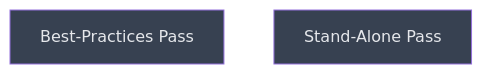
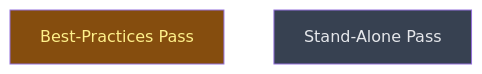
The diagram in __roadmap__/writing-release-rework/author/refine/README.md (CrackingShells/cracking-shells-playbook), drawn with Mermaid before and after one commit. The commit also changed other lines of this file and 1 other file, not shown here.

Commit message:
chore(roadmap): close the author level and start the best-practices pass
All three author branches merged after V1 fact review and the integration
review of cross-links and fact ownership.

````diff
--- a/__roadmap__/writing-release-rework/author/refine/README.md
+++ b/__roadmap__/writing-release-rework/author/refine/README.md
@@ -21,10 +21,10 @@
 ```mermaid
 graph TD
-    best_practices[Best-Practices Pass]:::planned
+    best_practices[Best-Practices Pass]:::inprogress
     standalone[Stand-Alone Pass]:::planned
     classDef done       fill:#166534,color:#bbf7d0
     classDef inprogress fill:#854d0e,color:#fef08a
     classDef planned    fill:#374151,color:#e5e7eb
     classDef amendment  fill:#1e3a5f,color:#bfdbfe
     classDef blocked    fill:#7f1d1d,color:#fecaca
 ```
````
